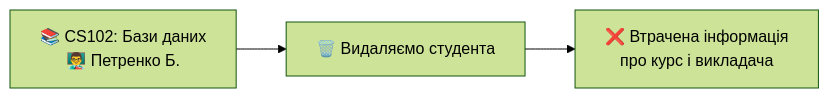
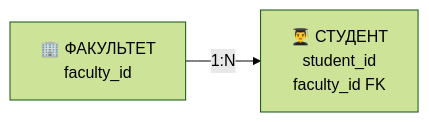
One commit to olroi421/course-bd changed the second of 10 diagrams in presentations/presentation-06.md. Above: the diagram before and after it, drawn with Mermaid (forest theme). The commit also changed other lines of this file and 12 other files, not shown here.

````diff
--- a/presentations/presentation-06.md
+++ b/presentations/presentation-06.md
@@ -74,4 +78,4 @@
 ```mermaid
 graph LR
-    A[📚 CS102: Бази даних<br/>👨‍🏫 Петренко Б.] --> B[🗑️ Видаляємо студента] --> C[❌ Втрачена інформація<br/>про курс і викладача]
+    A[🏢 ФАКУЛЬТЕТ<br/>faculty_id] -->|1:N| B[👨‍🎓 СТУДЕНТ<br/>student_id<br/>faculty_id FK]
 ```
````
